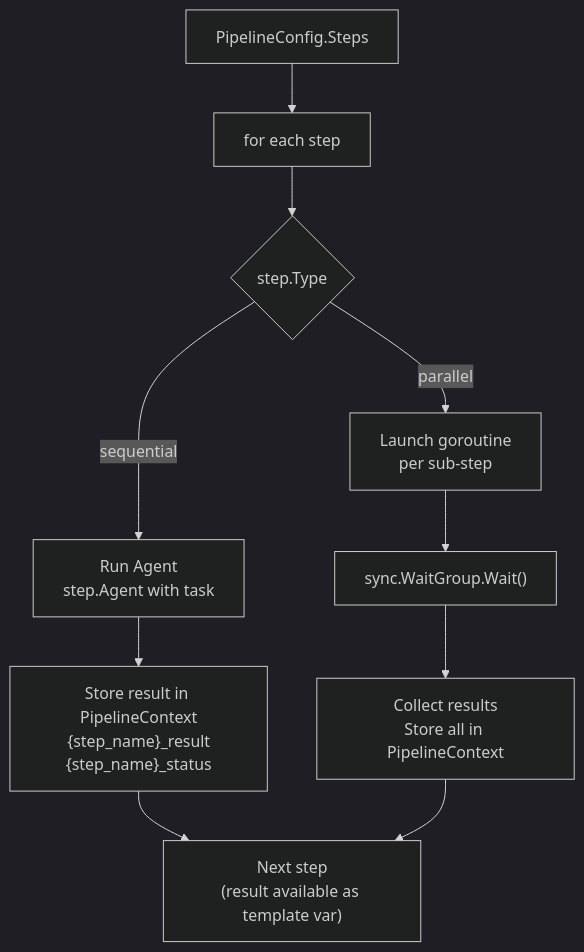
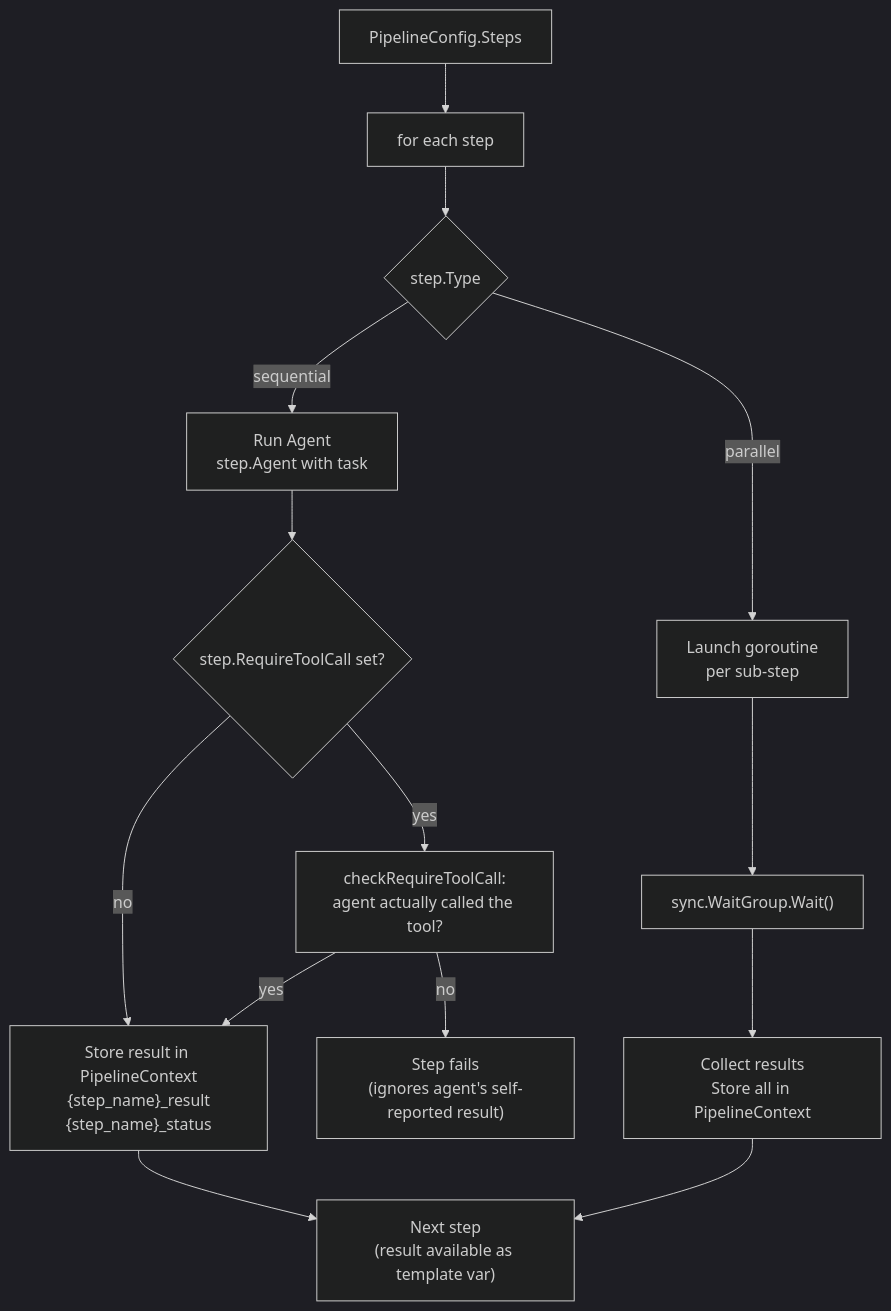
One commit to paupawsan/rakitsu changed the ninth of 27 diagrams in docs/SYSTEM-SPEC.md. Above: the diagram before and after it, drawn with Mermaid (dark theme). The commit also changed other lines of this file and 8 other files, not shown here.

First line of the commit message:
sync: mechanical require_tool_call pipeline gate

````diff
--- a/docs/SYSTEM-SPEC.md
+++ b/docs/SYSTEM-SPEC.md
@@ -582,12 +584,16 @@
 ```mermaid
 flowchart TD
     STEPS["PipelineConfig.Steps"]
     STEPS --> LOOP["for each step"]
     LOOP --> TYPE{"step.Type"}
     TYPE -->|sequential| SEQ["Run Agent\nstep.Agent with task"]
-    SEQ --> STORE["Store result in PipelineContext\n{step_name}_result\n{step_name}_status"]
+    SEQ --> GATE{"step.RequireToolCall set?"}
+    GATE -->|no| STORE["Store result in PipelineContext\n{step_name}_result\n{step_name}_status"]
+    GATE -->|yes| CHECK["checkRequireToolCall:\nagent actually called the tool?"]
+    CHECK -->|yes| STORE
+    CHECK -->|no| FAIL["Step fails\n(ignores agent's self-reported result)"]
     TYPE -->|parallel| PAR["Launch goroutine\nper sub-step"]
     PAR --> WG["sync.WaitGroup.Wait()"]
     WG --> COLL["Collect results\nStore all in PipelineContext"]
     STORE & COLL --> NEXT["Next step\n(result available as template var)"]
 ```
````
